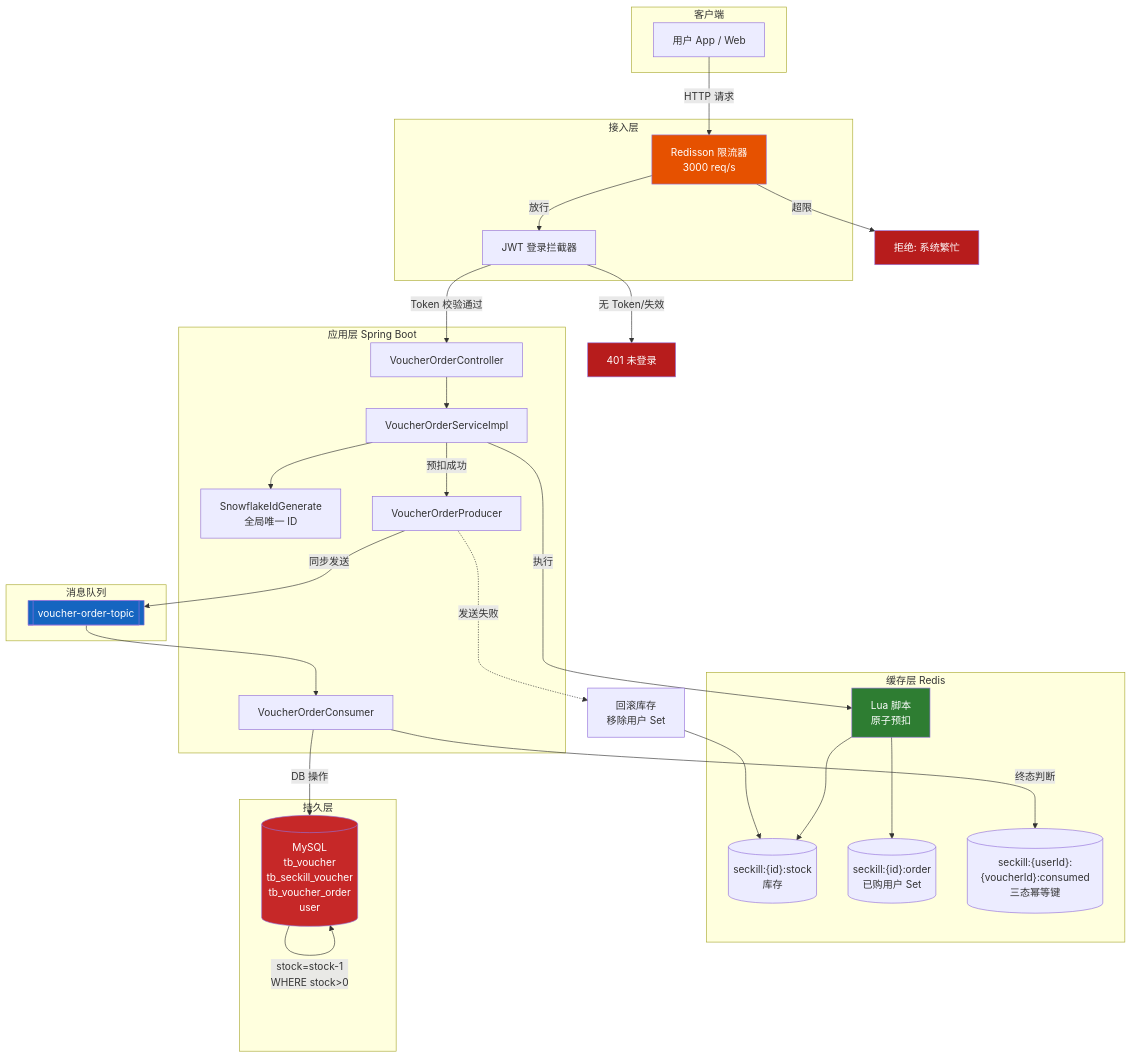
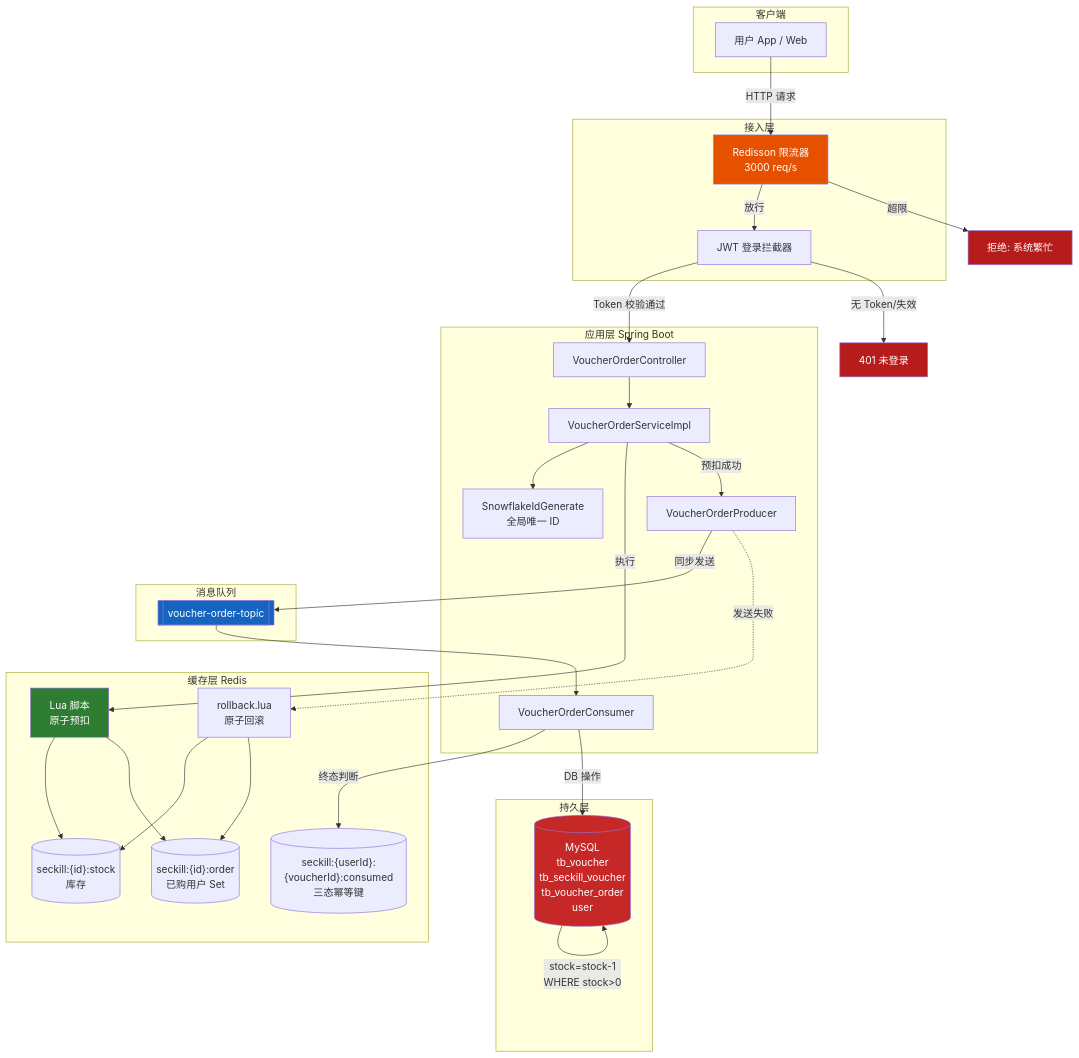
Before and after one commit to Shardkiht/FlashDeal: the first of 3 diagrams in README.md, drawn with Mermaid. The commit also changed other lines of this file and 1 other file, not shown here.

First line of the commit message:
refactor(seckill): 优化 Redis Lua 脚本实现原子操作

````diff
--- a/README.md
+++ b/README.md
@@ -67,62 +67,64 @@
 ```mermaid
 flowchart TB
     subgraph Client["客户端"]
         U["用户 App / Web"]
     end
 
     subgraph Gateway["接入层"]
         RL["Redisson 限流器<br/>3000 req/s"]
         LI["JWT 登录拦截器"]
     end
 
     subgraph App["应用层 Spring Boot"]
         CTRL["VoucherOrderController"]
         SVC["VoucherOrderServiceImpl"]
         IDG["SnowflakeIdGenerate<br/>全局唯一 ID"]
         PROD["VoucherOrderProducer"]
         CONS["VoucherOrderConsumer"]
     end
 
     subgraph Cache["缓存层 Redis"]
         STOCK[("seckill:{id}:stock<br/>库存")]
         ORDER[("seckill:{id}:order<br/>已购用户 Set")]
         IDEM[("seckill:{userId}:{voucherId}:consumed<br/>三态幂等键")]
 
         LUA["Lua 脚本<br/>原子预扣"]
+        RBLUA["rollback.lua<br/>原子回滚"]
     end
 
     subgraph MQ["消息队列"]
         TOPIC[["voucher-order-topic"]]
     end
 
     subgraph DB["持久层"]
         MYSQL[("MySQL<br/>tb_voucher<br/>tb_seckill_voucher<br/>tb_voucher_order<br/>user")]
     end
 
     U -->|HTTP 请求| RL
     RL -->|放行| LI
     RL -->|超限| REJ["拒绝: 系统繁忙"]
     LI -->|Token 校验通过| CTRL
     LI -->|无 Token/失效| UNAUTH["401 未登录"]
     CTRL --> SVC
     SVC --> IDG
 
     SVC -->|执行| LUA
     LUA --> STOCK
     LUA --> ORDER
     SVC -->|预扣成功| PROD
     PROD -->|同步发送| TOPIC
-    PROD -.->|发送失败| RB[回滚库存<br/>移除用户 Set]
-    RB --> STOCK
+    PROD -.->|发送失败| RBLUA
+    RBLUA --> STOCK
+    RBLUA --> ORDER
     TOPIC --> CONS
     CONS -->|终态判断| IDEM
     CONS -->|DB 操作| MYSQL
     MYSQL -->|stock=stock-1<br/>WHERE stock>0| MYSQL
 
     style RL fill:#e65100,color:#fff
     style LUA fill:#2e7d32,color:#fff
     style TOPIC fill:#1565c0,color:#fff
     style MYSQL fill:#c62828,color:#fff
     style REJ fill:#b71c1c,color:#fff
     style UNAUTH fill:#b71c1c,color:#fff
 ```
````
